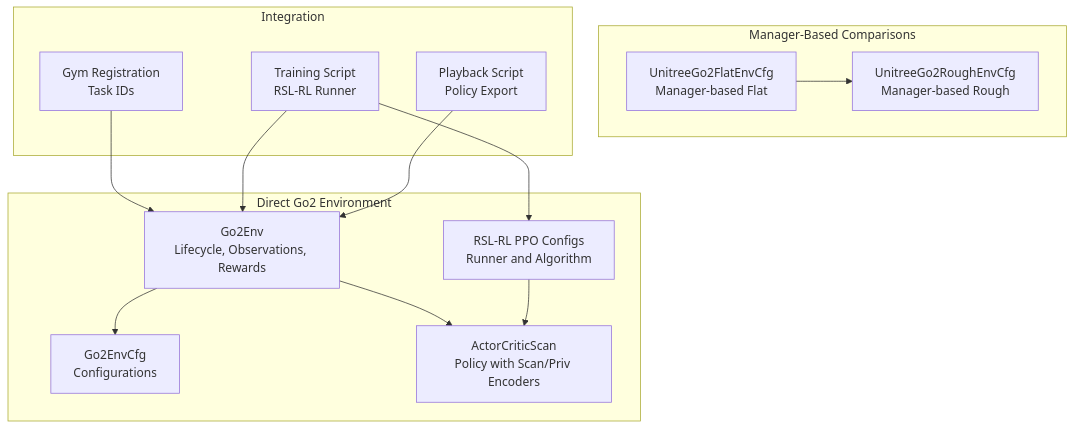
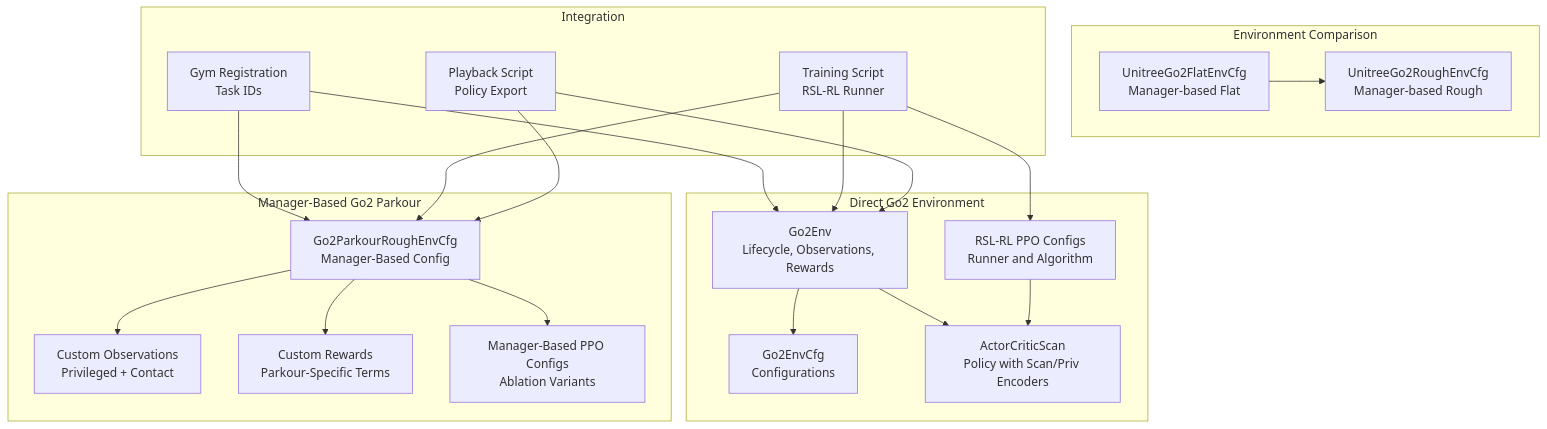
One commit to jayjayhust/extreme-quadruped-parkour changed the first of 9 diagrams in .qoder/repowiki/en/content/Go2 Environment System/Go2 Environment System.md. Above: the diagram before and after it, drawn with Mermaid. The commit also changed other lines of this file and 444 other files, not shown here.

````diff
--- a/.qoder/repowiki/en/content/Go2 Environment System/Go2 Environment System.md
+++ b/.qoder/repowiki/en/content/Go2 Environment System/Go2 Environment System.md
@@ -45,26 +69,38 @@
 ```mermaid
 graph TB
 subgraph "Direct Go2 Environment"
 ENV["Go2Env<br/>Lifecycle, Observations, Rewards"]
 CFG["Go2EnvCfg<br/>Configurations"]
 POL["ActorCriticScan<br/>Policy with Scan/Priv Encoders"]
 AGCFG["RSL-RL PPO Configs<br/>Runner and Algorithm"]
 end
-subgraph "Manager-Based Comparisons"
+subgraph "Manager-Based Go2 Parkour"
+MPENV["Go2ParkourRoughEnvCfg<br/>Manager-Based Config"]
+MPOBS["Custom Observations<br/>Privileged + Contact"]
+MPREW["Custom Rewards<br/>Parkour-Specific Terms"]
+MPAGCFG["Manager-Based PPO Configs<br/>Ablation Variants"]
+end
+subgraph "Environment Comparison"
 MFLAT["UnitreeGo2FlatEnvCfg<br/>Manager-based Flat"]
 MRGH["UnitreeGo2RoughEnvCfg<br/>Manager-based Rough"]
 end
 subgraph "Integration"
 REG["Gym Registration<br/>Task IDs"]
 TRAIN["Training Script<br/>RSL-RL Runner"]
 PLAY["Playback Script<br/>Policy Export"]
 end
 ENV --> CFG
 ENV --> POL
 AGCFG --> POL
+MPENV --> MPOBS
+MPENV --> MPREW
+MPENV --> MPAGCFG
 MFLAT --> MRGH
 REG --> ENV
+REG --> MPENV
 TRAIN --> ENV
+TRAIN --> MPENV
 TRAIN --> AGCFG
 PLAY --> ENV
+PLAY --> MPENV
 ```
````
